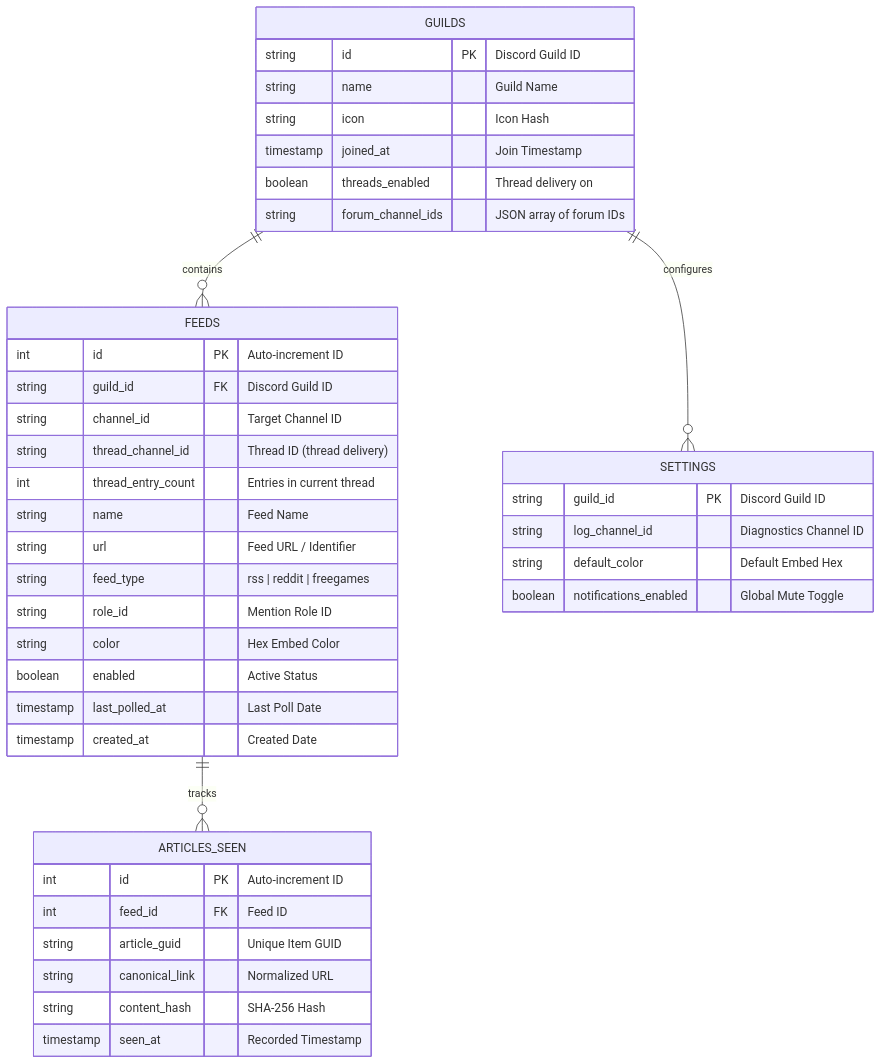
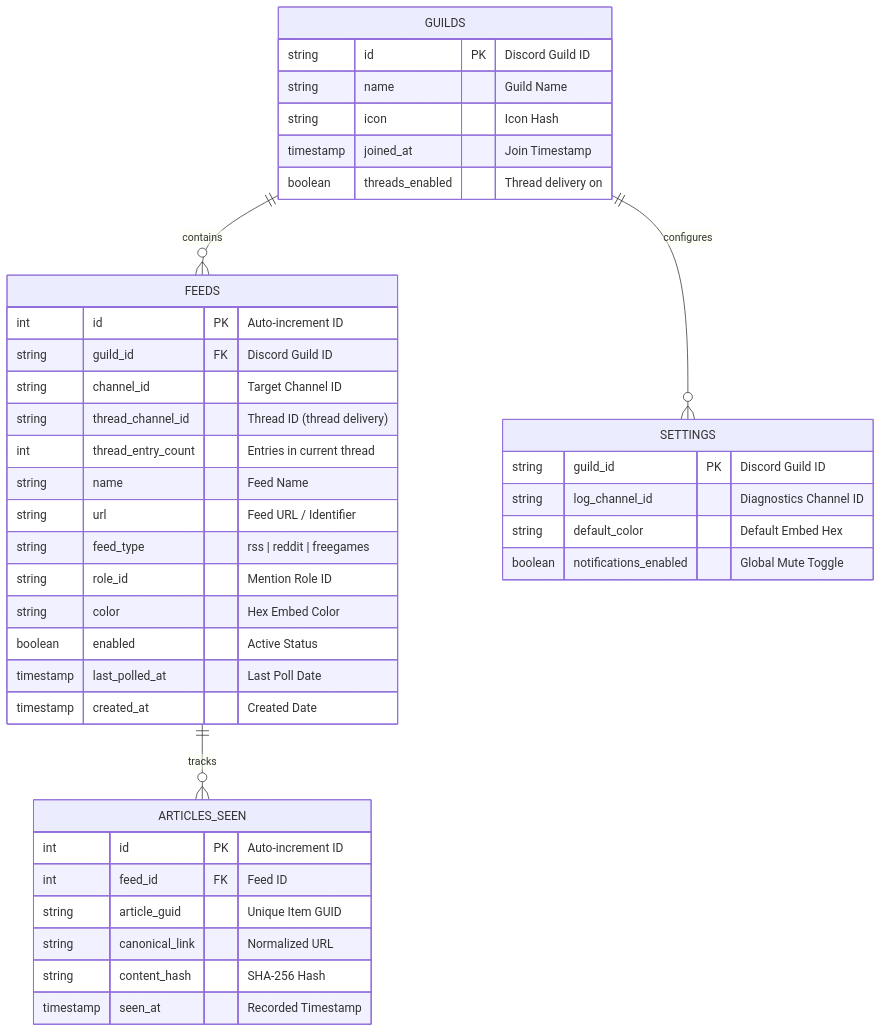
The second of 2 diagrams in wiki/Architecture-and-Design.md (HELIX-Origin/HELIX-Discord-Bot), drawn with Mermaid before and after one commit. The commit also changed other lines of this file and 27 other files, not shown here.

````diff
--- a/wiki/Architecture-and-Design.md
+++ b/wiki/Architecture-and-Design.md
@@ -82,47 +82,46 @@
 ```mermaid
 erDiagram
     GUILDS ||--o{ FEEDS : contains
     FEEDS ||--o{ ARTICLES_SEEN : tracks
     GUILDS ||--o{ SETTINGS : configures
 
     GUILDS {
         string id PK "Discord Guild ID"
         string name "Guild Name"
         string icon "Icon Hash"
         timestamp joined_at "Join Timestamp"
         boolean threads_enabled "Thread delivery on"
-        string forum_channel_ids "JSON array of forum IDs"
     }
 
     FEEDS {
         int id PK "Auto-increment ID"
         string guild_id FK "Discord Guild ID"
         string channel_id "Target Channel ID"
         string thread_channel_id "Thread ID (thread delivery)"
         int thread_entry_count "Entries in current thread"
         string name "Feed Name"
         string url "Feed URL / Identifier"
         string feed_type "rss | reddit | freegames"
         string role_id "Mention Role ID"
         string color "Hex Embed Color"
         boolean enabled "Active Status"
         timestamp last_polled_at "Last Poll Date"
         timestamp created_at "Created Date"
     }
 
     ARTICLES_SEEN {
         int id PK "Auto-increment ID"
         int feed_id FK "Feed ID"
         string article_guid "Unique Item GUID"
         string canonical_link "Normalized URL"
         string content_hash "SHA-256 Hash"
         timestamp seen_at "Recorded Timestamp"
     }
 
     SETTINGS {
         string guild_id PK "Discord Guild ID"
         string log_channel_id "Diagnostics Channel ID"
         string default_color "Default Embed Hex"
         boolean notifications_enabled "Global Mute Toggle"
     }
 ```
````
